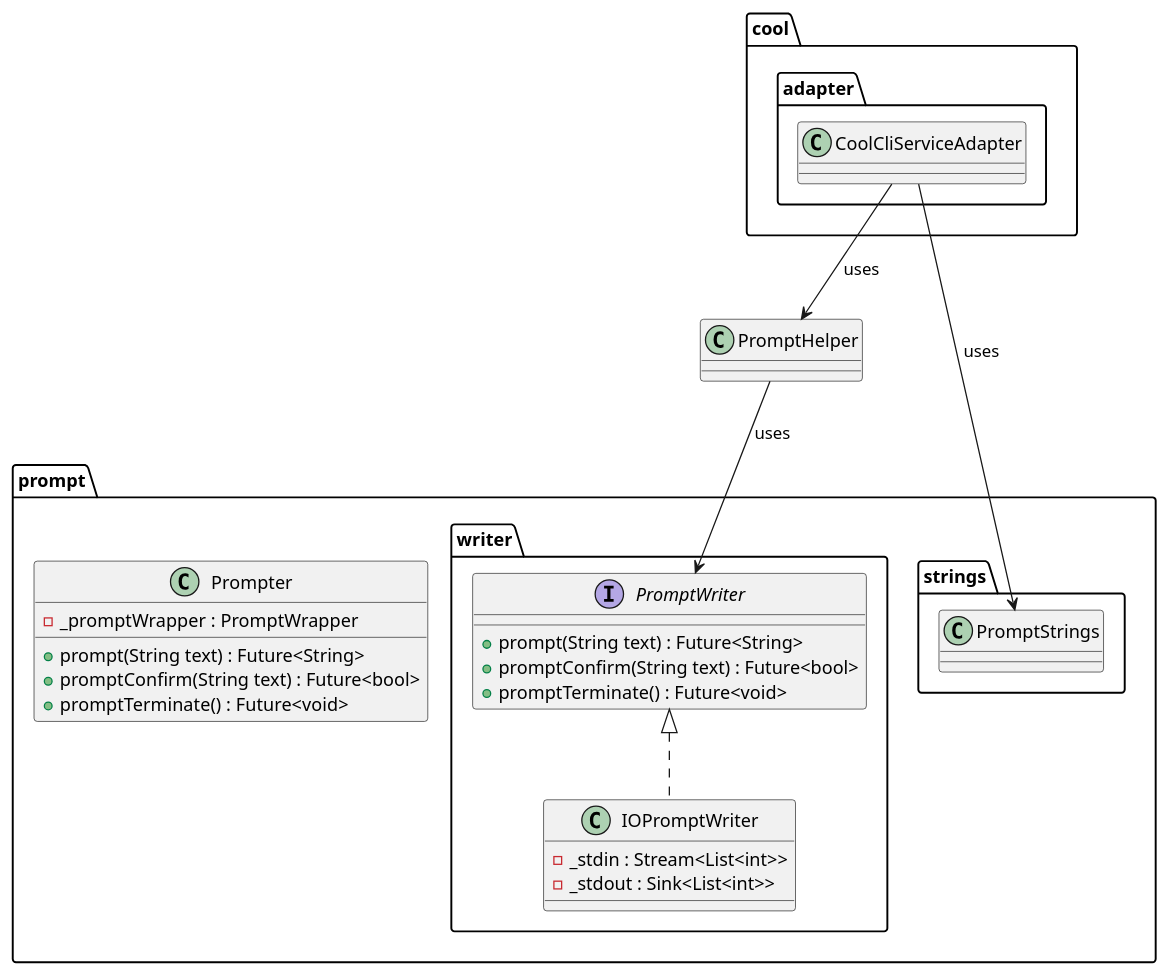
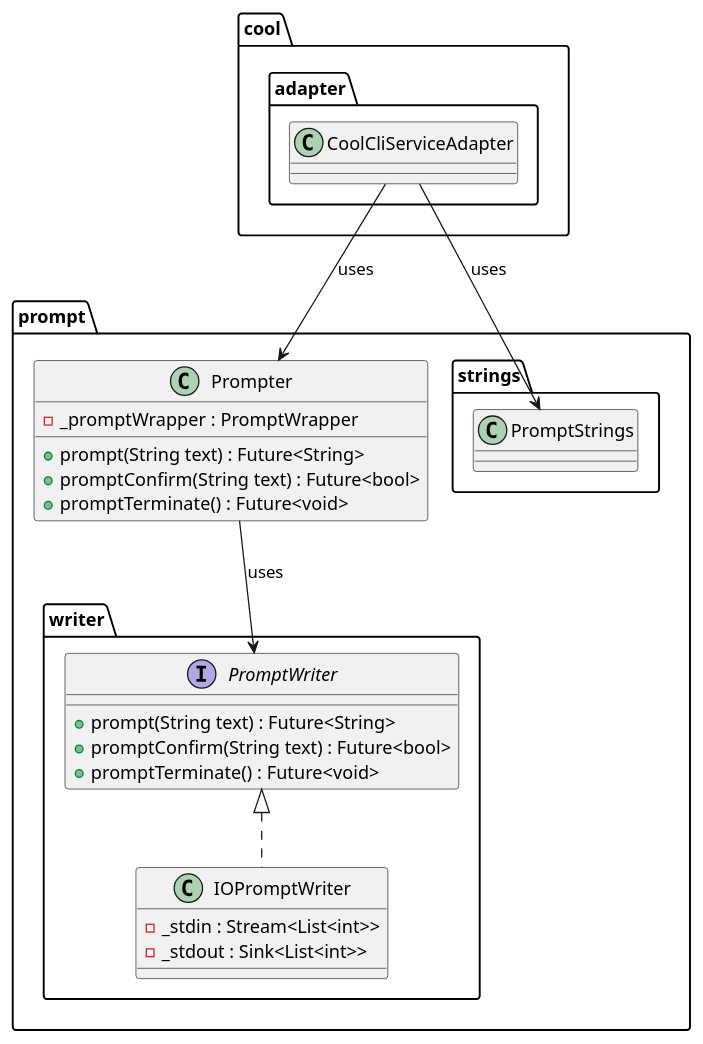
One commit to Flank/flank-dashboard changed the diagram in metrics/cli/docs/diagrams/prompt_class_diagram.puml. Above: the diagram before and after it, drawn with PlantUML. The commit also changed 4 other files, not shown here.

Commit message:
Minor document and diagram improvements

```diff
--- a/metrics/cli/docs/diagrams/prompt_class_diagram.puml
+++ b/metrics/cli/docs/diagrams/prompt_class_diagram.puml
@@ -1,40 +1,40 @@
 @startuml prompt_class_diagram
 
 package prompt {
     package writer {
         interface PromptWriter {
             + prompt(String text) : Future<String>
             + promptConfirm(String text) : Future<bool>
             + promptTerminate() : Future<void>
         }
 
         class IOPromptWriter implements PromptWriter{
             - _stdin : Stream<List<int>>
             - _stdout : Sink<List<int>>
         }
     }
 
     package strings {
         class PromptStrings{}
     }
 
     class Prompter {
         - _promptWrapper : PromptWrapper
         + prompt(String text) : Future<String>
         + promptConfirm(String text) : Future<bool>
         + promptTerminate() : Future<void>
     }
 }
 
 package cool.adapter {
     class CoolCliServiceAdapter {
 
     }
 }
 
-PromptHelper --> PromptWriter : uses
+Prompter --> PromptWriter : uses
 
-CoolCliServiceAdapter --> PromptHelper : uses
+CoolCliServiceAdapter --> Prompter : uses
 CoolCliServiceAdapter --> PromptStrings : uses
 
 @enduml
```
